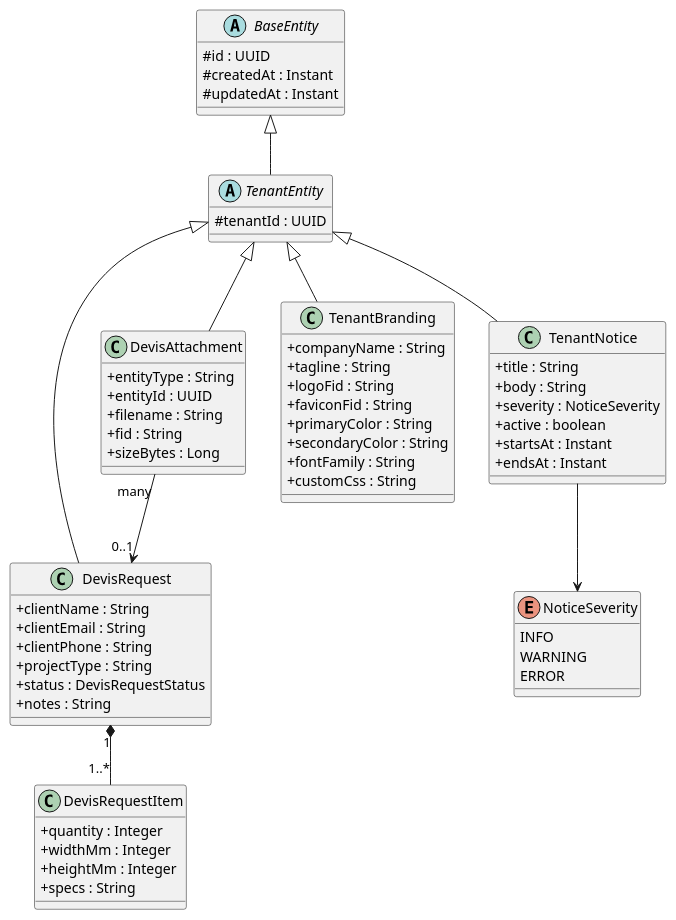
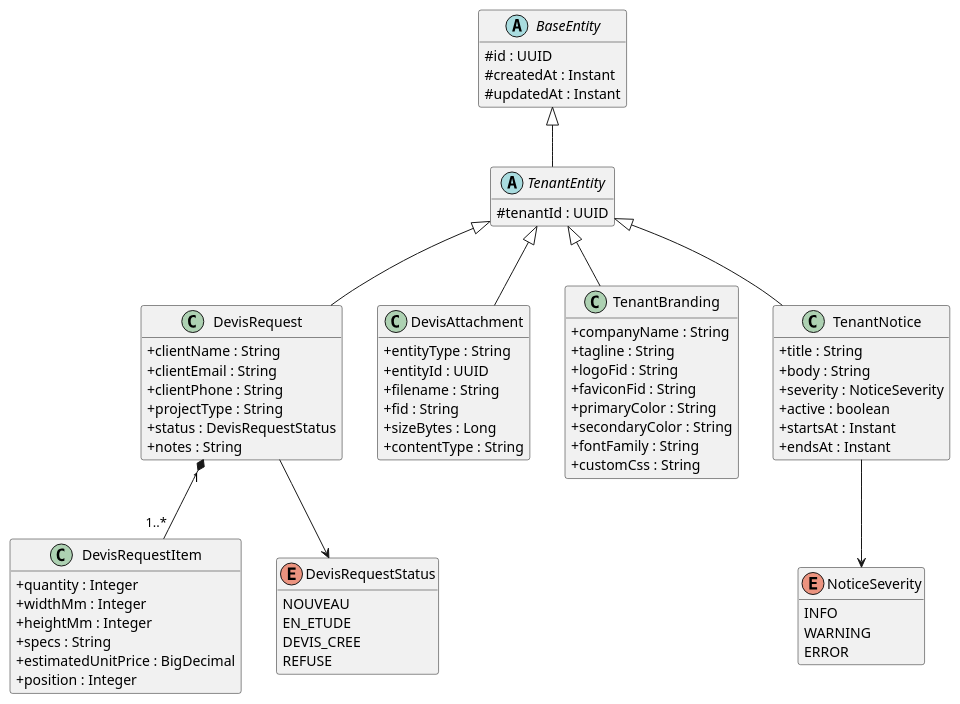
One commit to MohamedTrikii/PFA_CRM_ERP_Platform changed diagram 11 of 19 in docs/PFA_REPORT.md. Above: the diagram before and after it, drawn with PlantUML. The commit also changed other lines of this file and 150 other files, not shown here.

````diff
--- a/docs/PFA_REPORT.md
+++ b/docs/PFA_REPORT.md
@@ -1134,6 +1106,17 @@
 ```plantuml
-@startuml ClassDiagram_R3
+@startuml CD_Release3
 skinparam classAttributeIconSize 0
+hide empty methods
+
+abstract class BaseEntity {
+  # id : UUID
+  # createdAt : Instant
+  # updatedAt : Instant
+}
+abstract class TenantEntity {
+  # tenantId : UUID
+}
+BaseEntity <|-- TenantEntity
 
 class DevisRequest {
   + clientName : String
@@ -1150,6 +1133,8 @@
   + widthMm : Integer
   + heightMm : Integer
   + specs : String
+  + estimatedUnitPrice : BigDecimal
+  + position : Integer
 }
 DevisRequest "1" *-- "1..*" DevisRequestItem
 
@@ -1159,9 +1144,17 @@
   + filename : String
   + fid : String
   + sizeBytes : Long
+  + contentType : String
 }
 TenantEntity <|-- DevisAttachment
-DevisAttachment "many" --> "0..1" DevisRequest
+
+enum DevisRequestStatus {
+  NOUVEAU
+  EN_ETUDE
+  DEVIS_CREE
+  REFUSE
+}
+DevisRequest --> DevisRequestStatus
 
 class TenantBranding {
   + companyName : String
@@ -1192,14 +1185,5 @@
 }
 TenantNotice --> NoticeSeverity
 
-abstract class TenantEntity {
-  # tenantId : UUID
-}
-abstract class BaseEntity {
-  # id : UUID
-  # createdAt : Instant
-  # updatedAt : Instant
-}
-BaseEntity <|-- TenantEntity
 @enduml
 ```
````
